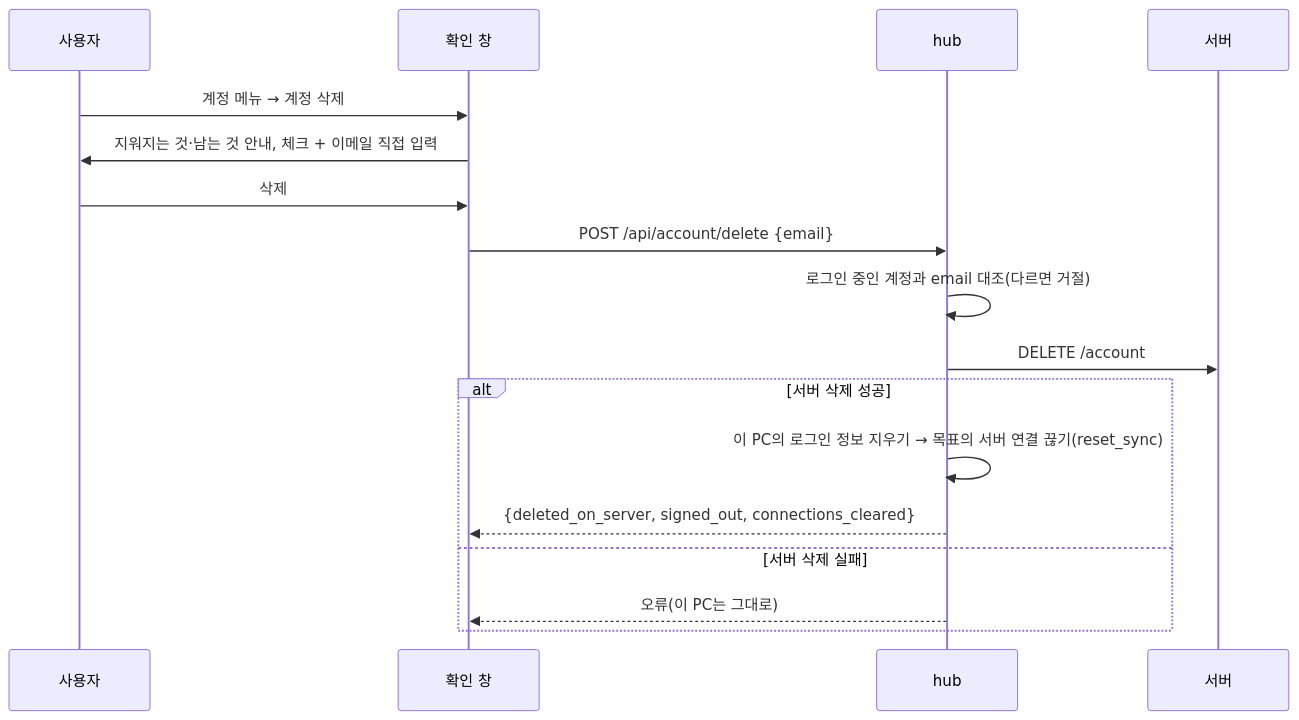
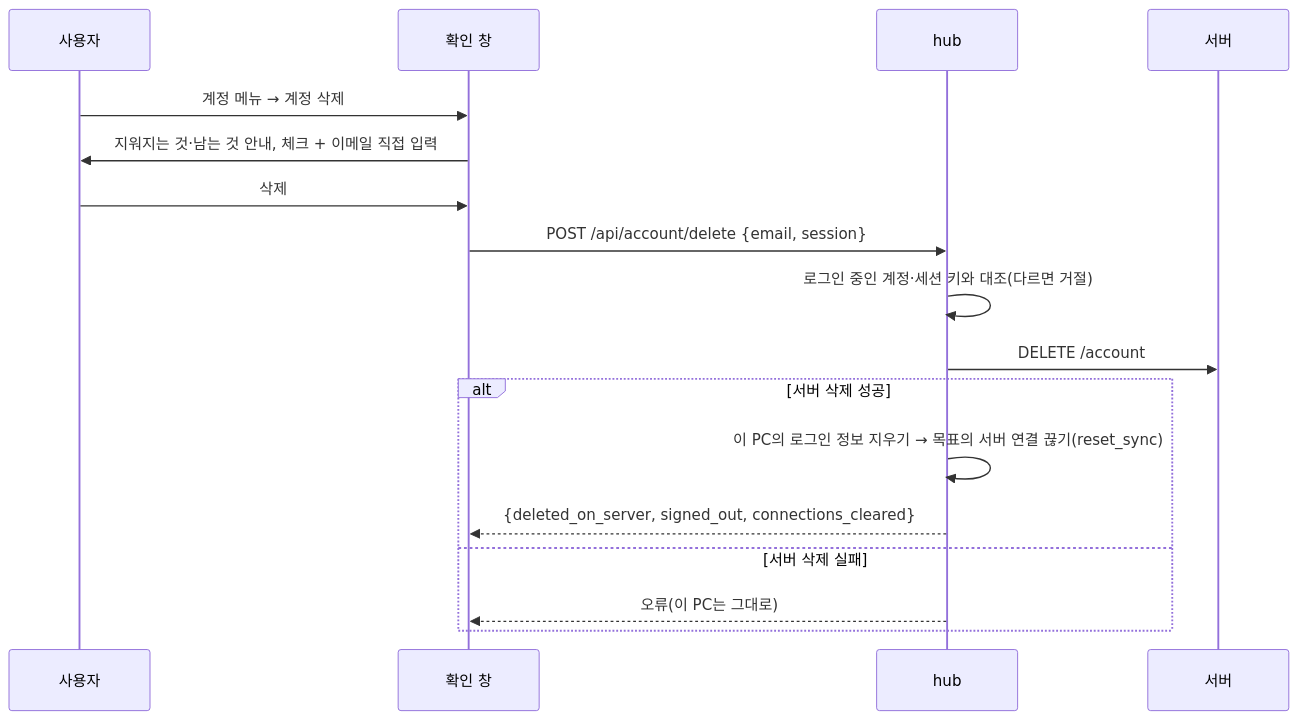
The sixth of 6 diagrams in docs/sync-client.md (FlashingFuture/whatever-log), drawn with Mermaid before and after one commit. The commit also changed other lines of this file and 24 other files, not shown here.

````diff
--- a/docs/sync-client.md
+++ b/docs/sync-client.md
@@ -299,19 +300,19 @@
 ```mermaid
 sequenceDiagram
   participant U as 사용자
   participant UI as 확인 창
   participant H as hub
   participant S as 서버
   U->>UI: 계정 메뉴 → 계정 삭제
   UI->>U: 지워지는 것·남는 것 안내, 체크 + 이메일 직접 입력
   U->>UI: 삭제
-  UI->>H: POST /api/account/delete {email}
-  H->>H: 로그인 중인 계정과 email 대조(다르면 거절)
+  UI->>H: POST /api/account/delete {email, session}
+  H->>H: 로그인 중인 계정·세션 키와 대조(다르면 거절)
   H->>S: DELETE /account
   alt 서버 삭제 성공
     H->>H: 이 PC의 로그인 정보 지우기 → 목표의 서버 연결 끊기(reset_sync)
     H-->>UI: {deleted_on_server, signed_out, connections_cleared}
   else 서버 삭제 실패
     H-->>UI: 오류(이 PC는 그대로)
   end
 ```
````
